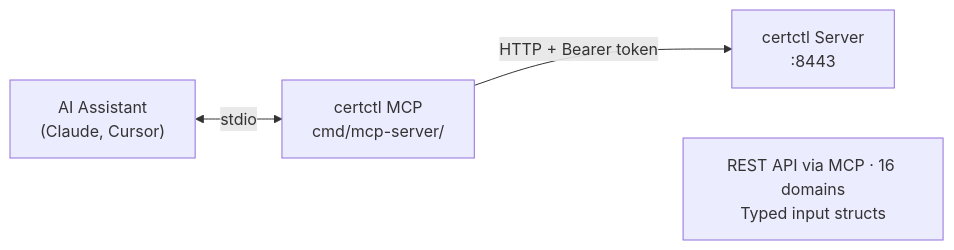
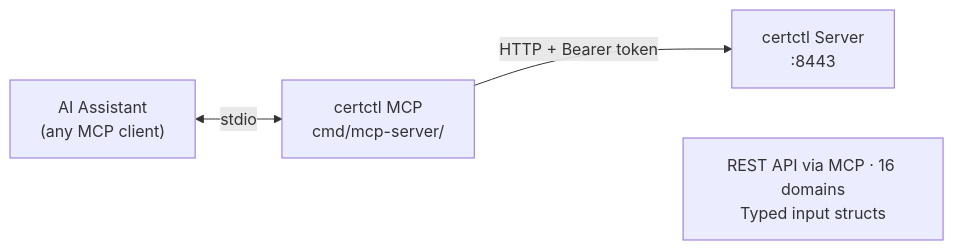
One commit to certctl-io/certctl changed the diagram in docs/reference/mcp.md. Above: the diagram before and after it, drawn with Mermaid. The commit also changed other lines of this file and 70 other files, not shown here.

````diff
--- a/docs/reference/mcp.md
+++ b/docs/reference/mcp.md
@@ -155,11 +119,11 @@
 ```mermaid
 flowchart LR
-    AI["AI Assistant\n(Claude, Cursor)"]
+    AI["AI Assistant\n(any MCP client)"]
     MCP["certctl MCP\ncmd/mcp-server/"]
     SERVER["certctl Server\n:8443"]
 
     AI <-->|"stdio"| MCP
     MCP -->|"HTTP + Bearer token"| SERVER
 
     MCP ~~~ TOOLS["REST API via MCP · 16 domains\nTyped input structs"]
 ```
````
